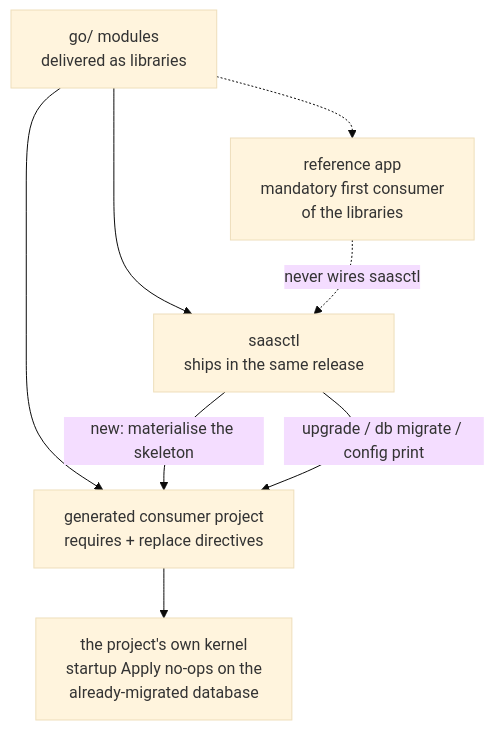
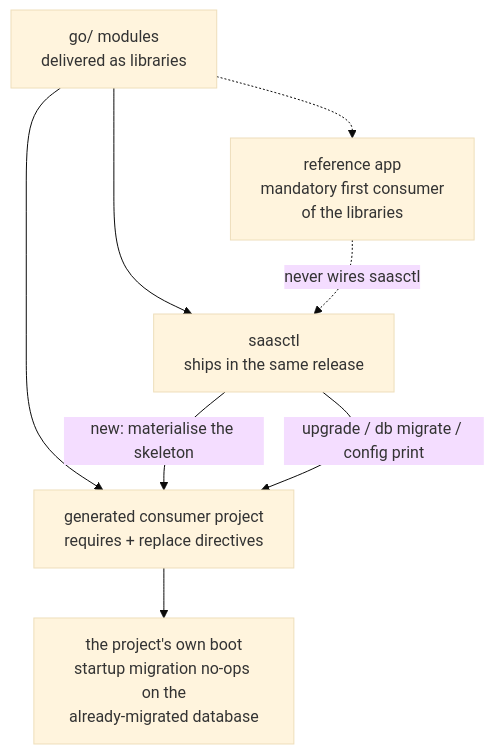
The diagram in docs/site/content.en/docs/developer-docs/modules/tools/saasctl.md (vislake/speed), drawn with Mermaid (base theme) before and after one commit. The commit also changed other lines of this file and 80 other files, not shown here.

````diff
--- a/docs/site/content.en/docs/developer-docs/modules/tools/saasctl.md
+++ b/docs/site/content.en/docs/developer-docs/modules/tools/saasctl.md
@@ -40,10 +40,10 @@
 ```mermaid
 flowchart TB
     libs[go/ modules<br/>delivered as libraries] --> saasctl[saasctl<br/>ships in the same release]
     libs --> proj[generated consumer project<br/>requires + replace directives]
     libs -.-> ref[reference app<br/>mandatory first consumer<br/>of the libraries]
     saasctl -->|new: materialise the skeleton| proj
     saasctl -->|upgrade / db migrate / config print| proj
-    proj --> boot[the project's own kernel<br/>startup Apply no-ops on the<br/>already-migrated database]
+    proj --> boot[the project's own boot<br/>startup migration no-ops on the<br/>already-migrated database]
     ref -.never wires saasctl.-> saasctl
 ```
````
